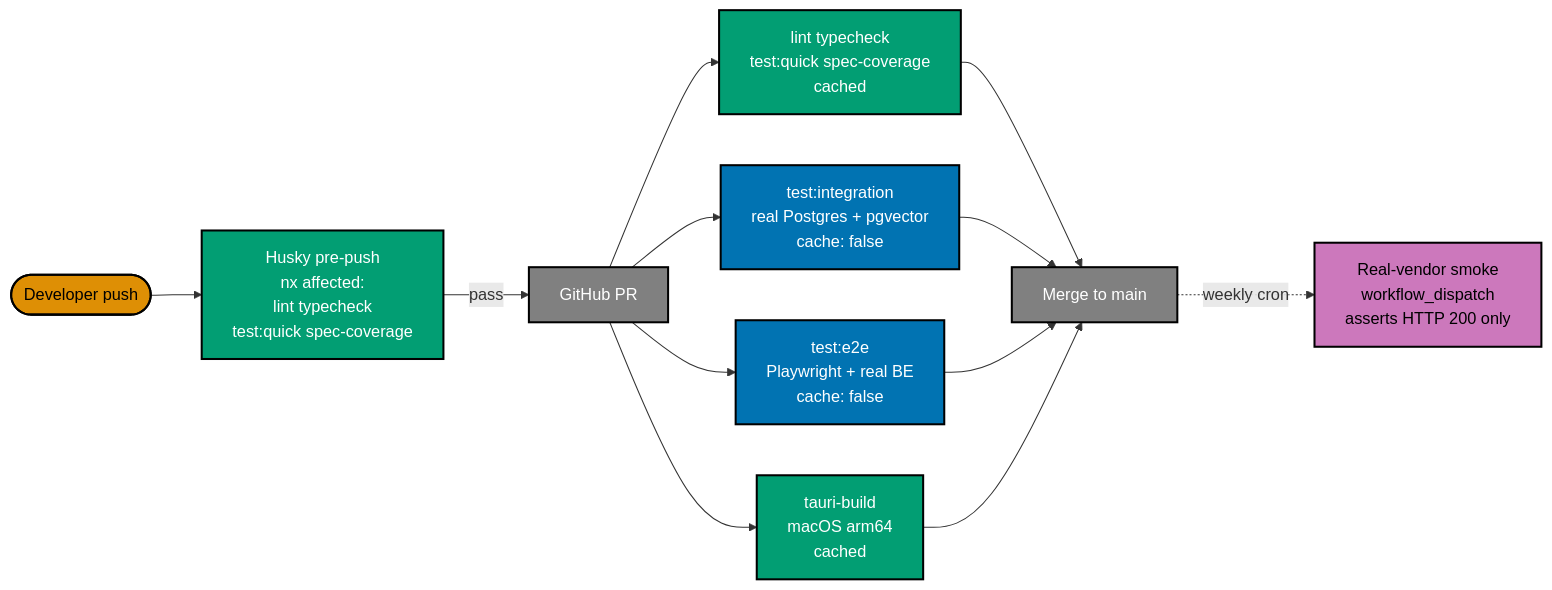
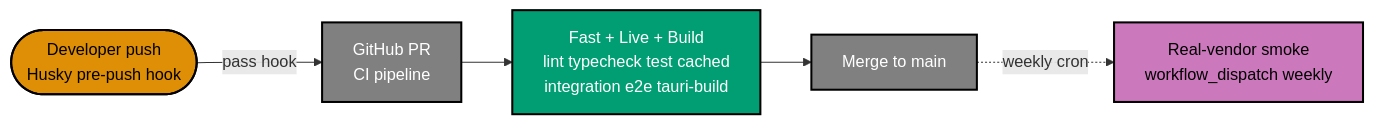
One commit to wahidyankf/ose-primer changed the third of 3 diagrams in docs/explanation/software-engineering/ai-application-development/testing-ai-apps.md. Above: the diagram before and after it, drawn with Mermaid. The commit also changed 86 other files, not shown here.

````diff
--- a/docs/explanation/software-engineering/ai-application-development/testing-ai-apps.md
+++ b/docs/explanation/software-engineering/ai-application-development/testing-ai-apps.md
@@ -752,21 +752,20 @@
 ```mermaid
 %% Color Palette: Blue #0173B2 | Orange #DE8F05 | Teal #029E73 | Purple #CC78BC | Gray #808080 | Brown #CA9161
 flowchart LR
-    DEV([Developer push]):::dev --> HOOK[Husky pre-push<br/>nx affected:<br/>lint typecheck<br/>test:quick spec-coverage]:::cache
-    HOOK -->|pass| PR[GitHub PR]:::ci
-    PR --> NODE1[lint typecheck<br/>test:quick spec-coverage<br/>cached]:::cache
-    PR --> NODE2[test:integration<br/>real Postgres + pgvector<br/>cache: false]:::nocache
-    PR --> NODE3[test:e2e<br/>Playwright + real BE<br/>cache: false]:::nocache
-    PR --> NODE4[tauri-build<br/>macOS arm64<br/>cached]:::cache
-    NODE1 --> MERGE[Merge to main]:::ci
-    NODE2 --> MERGE
-    NODE3 --> MERGE
-    NODE4 --> MERGE
-    MERGE -. weekly cron .-> SMOKE[Real-vendor smoke<br/>workflow_dispatch<br/>asserts HTTP 200 only]:::smoke
+    DEV([Developer push<br/>Husky pre-push hook]):::dev
+    PR[GitHub PR<br/>CI pipeline]:::ci
+    CHECKS[Fast + Live + Build<br/>lint typecheck test cached<br/>integration e2e tauri-build]:::cache
+    MERGE[Merge to main]:::ci
+    SMOKE[Real-vendor smoke<br/>workflow_dispatch weekly]:::smoke
+
+    DEV -->|pass hook| PR
+    PR --> CHECKS
+    CHECKS --> MERGE
+    MERGE -.weekly cron.-> SMOKE
 
     classDef dev fill:#DE8F05,stroke:#000000,color:#000000,stroke-width:2px
     classDef cache fill:#029E73,stroke:#000000,color:#FFFFFF,stroke-width:2px
     classDef nocache fill:#0173B2,stroke:#000000,color:#FFFFFF,stroke-width:2px
     classDef ci fill:#808080,stroke:#000000,color:#FFFFFF,stroke-width:2px
     classDef smoke fill:#CC78BC,stroke:#000000,color:#000000,stroke-width:2px
 ```
````
